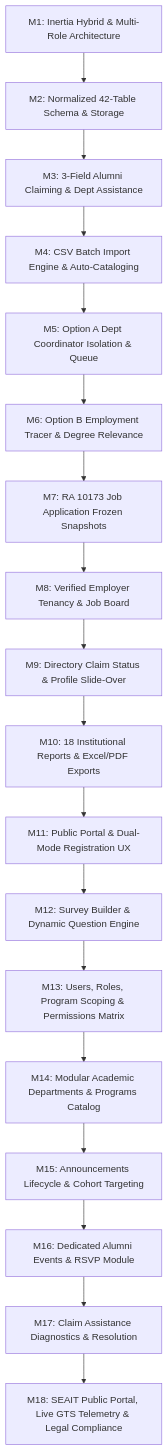
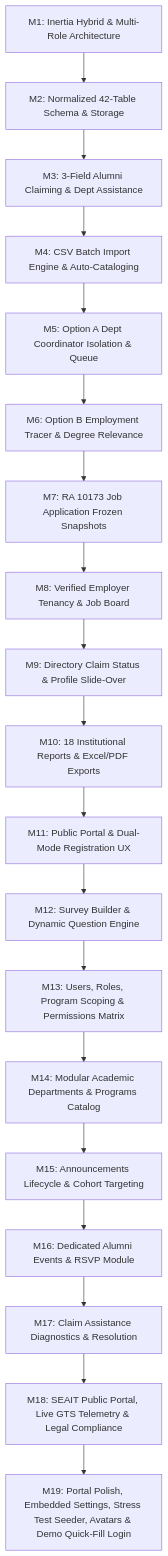
One commit to yortez/atms changed the diagram in docs/milestones-achieved.md. Above: the diagram before and after it, drawn with Mermaid. The commit also changed other lines of this file and 1 other file, not shown here.

````diff
--- a/docs/milestones-achieved.md
+++ b/docs/milestones-achieved.md
@@ -14,20 +14,21 @@
 ```mermaid
 flowchart TD
     M1["M1: Inertia Hybrid & Multi-Role Architecture"] --> M2["M2: Normalized 42-Table Schema & Storage"]
     M2 --> M3["M3: 3-Field Alumni Claiming & Dept Assistance"]
     M3 --> M4["M4: CSV Batch Import Engine & Auto-Cataloging"]
     M4 --> M5["M5: Option A Dept Coordinator Isolation & Queue"]
     M5 --> M6["M6: Option B Employment Tracer & Degree Relevance"]
     M6 --> M7["M7: RA 10173 Job Application Frozen Snapshots"]
     M7 --> M8["M8: Verified Employer Tenancy & Job Board"]
     M8 --> M9["M9: Directory Claim Status & Profile Slide-Over"]
     M9 --> M10["M10: 18 Institutional Reports & Excel/PDF Exports"]
     M10 --> M11["M11: Public Portal & Dual-Mode Registration UX"]
     M11 --> M12["M12: Survey Builder & Dynamic Question Engine"]
     M12 --> M13["M13: Users, Roles, Program Scoping & Permissions Matrix"]
     M13 --> M14["M14: Modular Academic Departments & Programs Catalog"]
     M14 --> M15["M15: Announcements Lifecycle & Cohort Targeting"]
     M15 --> M16["M16: Dedicated Alumni Events & RSVP Module"]
     M16 --> M17["M17: Claim Assistance Diagnostics & Resolution"]
     M17 --> M18["M18: SEAIT Public Portal, Live GTS Telemetry & Legal Compliance"]
+    M18 --> M19["M19: Portal Polish, Embedded Settings, Stress Test Seeder, Avatars & Demo Quick-Fill Login"]
 ```
````
